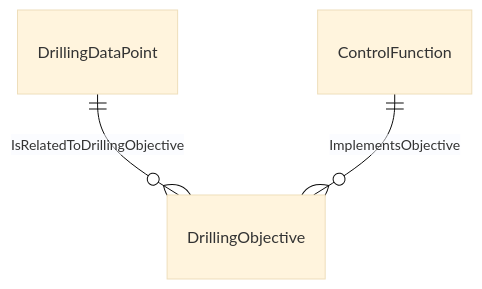
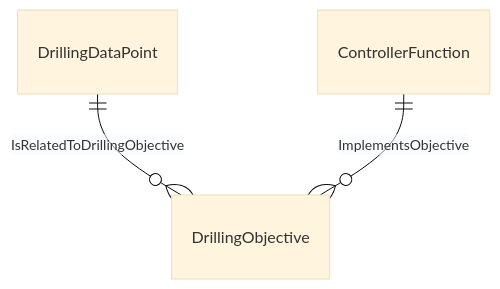
Before and after one commit to D-WIS/DDHub-Semantic-Interoperability: the eighth of 10 diagrams in docs/vocabulary_development/auto-generated/md/definition-files/DrillingObjective.md, drawn with Mermaid (base theme). The commit also changed other lines of this file and 6 other files, not shown here.

````diff
--- a/docs/vocabulary_development/auto-generated/md/definition-files/DrillingObjective.md
+++ b/docs/vocabulary_development/auto-generated/md/definition-files/DrillingObjective.md
@@ -537,5 +537,5 @@
 ```mermaid
 erDiagram
 DrillingDataPoint ||--o{ DrillingObjective : IsRelatedToDrillingObjective
-ControlFunction ||--o{ DrillingObjective : ImplementsObjective
+ControllerFunction ||--o{ DrillingObjective : ImplementsObjective
 ```
````
